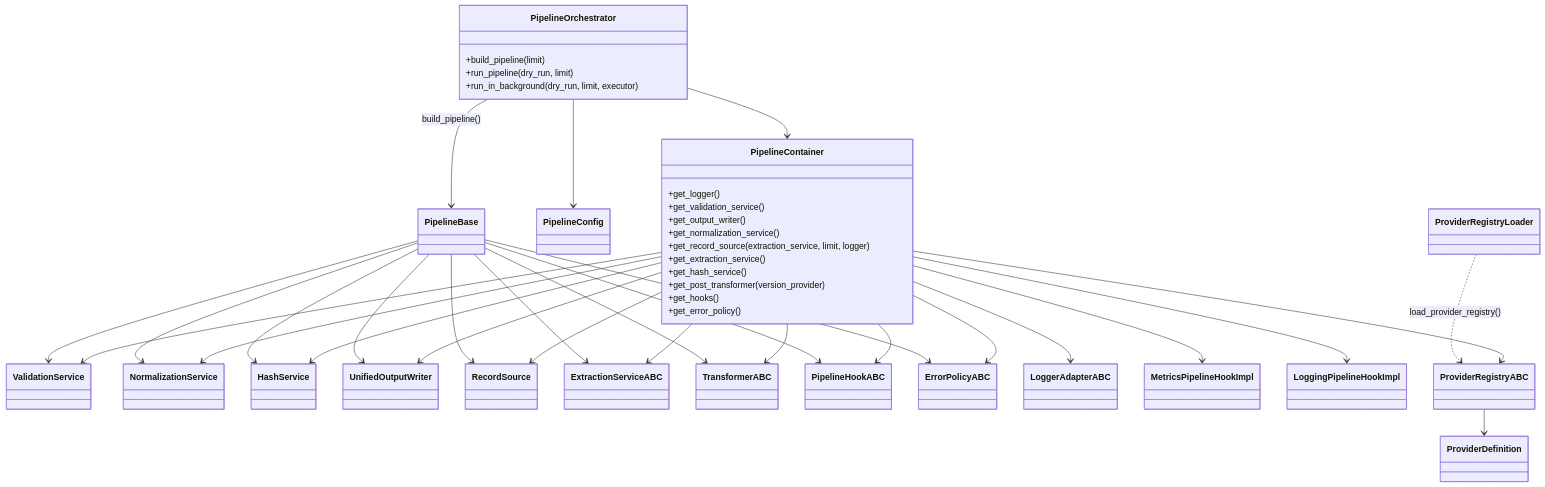
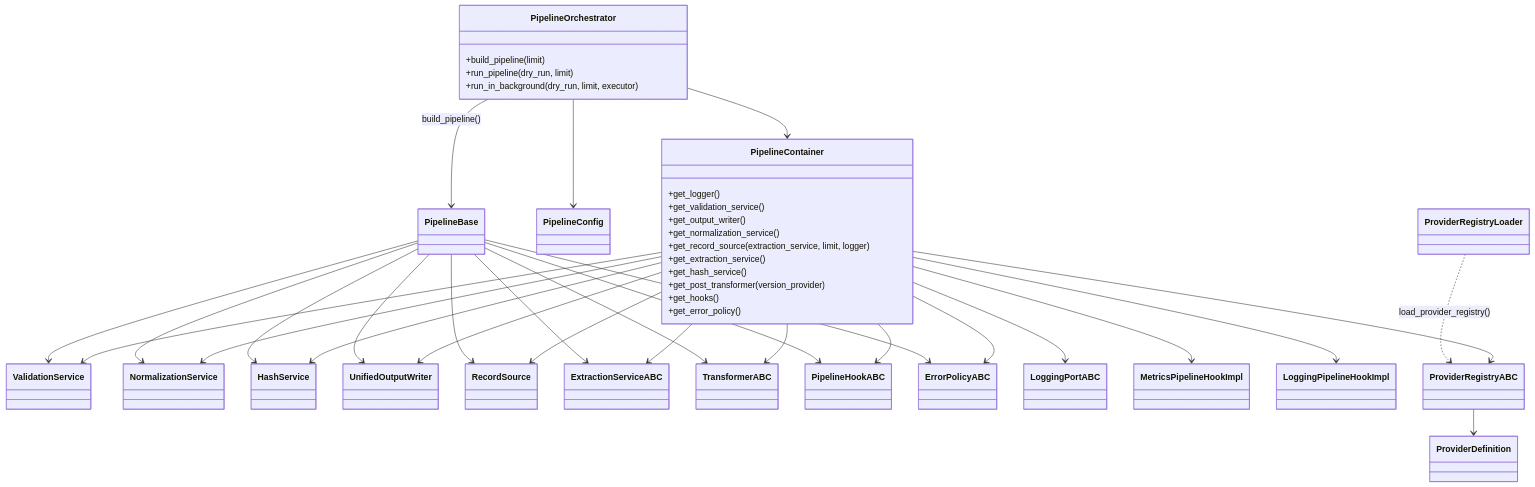
The diagram in docs/architecture/diagrams/class/18-orchestrator-container-classes.mmd (SatoryKono/BioactivityDataAcquisition), drawn with Mermaid before and after one commit. The commit also changed 24 other files, not shown here.

```diff
--- a/docs/architecture/diagrams/class/18-orchestrator-container-classes.mmd
+++ b/docs/architecture/diagrams/class/18-orchestrator-container-classes.mmd
@@ -1,68 +1,68 @@
 ---
 id: 0f1e2f2a-4f5c-4b6b-b3d0-9d6e3a7c5b2f
 ---
 %%{init: {"class": {"domainPrimary": {"fill": "#f5f5f5", "stroke": "#444", "strokeWidth": 1.5, "color": "#111", "fontSize": "22px"}, "domainSecondary": {"fill": "#e3e7ec", "stroke": "#555", "strokeWidth": 1.2, "color": "#111", "fontSize": "18px"}, "interface": {"fill": "#dde7f2", "stroke": "#44546a", "strokeWidth": 1.5, "color": "#111", "fontSize": "22px"}}}}%%
 classDiagram-v2
 
 class PipelineOrchestrator {
   +build_pipeline(limit)
   +run_pipeline(dry_run, limit)
   +run_in_background(dry_run, limit, executor)
 }
 class PipelineContainer {
   +get_logger()
   +get_validation_service()
   +get_output_writer()
   +get_normalization_service()
   +get_record_source(extraction_service, limit, logger)
   +get_extraction_service()
   +get_hash_service()
   +get_post_transformer(version_provider)
   +get_hooks()
   +get_error_policy()
 }
 class PipelineConfig
 class PipelineBase
 class ValidationService
 class NormalizationService
 class HashService
 class UnifiedOutputWriter
 class RecordSource
 class ExtractionServiceABC
 class TransformerABC
 class PipelineHookABC
 class ErrorPolicyABC
-class LoggerAdapterABC
+class LoggingPortABC
 class MetricsPipelineHookImpl
 class LoggingPipelineHookImpl
 class ProviderRegistryABC
 class ProviderRegistryLoader
 class ProviderDefinition
 
 PipelineOrchestrator --> PipelineContainer
 PipelineOrchestrator --> PipelineBase : build_pipeline()
 PipelineOrchestrator --> PipelineConfig
-PipelineContainer --> LoggerAdapterABC
+PipelineContainer --> LoggingPortABC
 PipelineContainer --> ValidationService
 PipelineContainer --> UnifiedOutputWriter
 PipelineContainer --> NormalizationService
 PipelineContainer --> RecordSource
 PipelineContainer --> ExtractionServiceABC
 PipelineContainer --> HashService
 PipelineContainer --> TransformerABC
 PipelineContainer --> PipelineHookABC
 PipelineContainer --> ErrorPolicyABC
 PipelineContainer --> ProviderRegistryABC
 PipelineContainer --> MetricsPipelineHookImpl
 PipelineContainer --> LoggingPipelineHookImpl
 PipelineBase --> ValidationService
 PipelineBase --> UnifiedOutputWriter
 PipelineBase --> ExtractionServiceABC
 PipelineBase --> RecordSource
 PipelineBase --> NormalizationService
 PipelineBase --> HashService
 PipelineBase --> TransformerABC
 PipelineBase --> PipelineHookABC
 PipelineBase --> ErrorPolicyABC
 ProviderRegistryLoader ..> ProviderRegistryABC : load_provider_registry()
 ProviderRegistryABC --> ProviderDefinition
```
